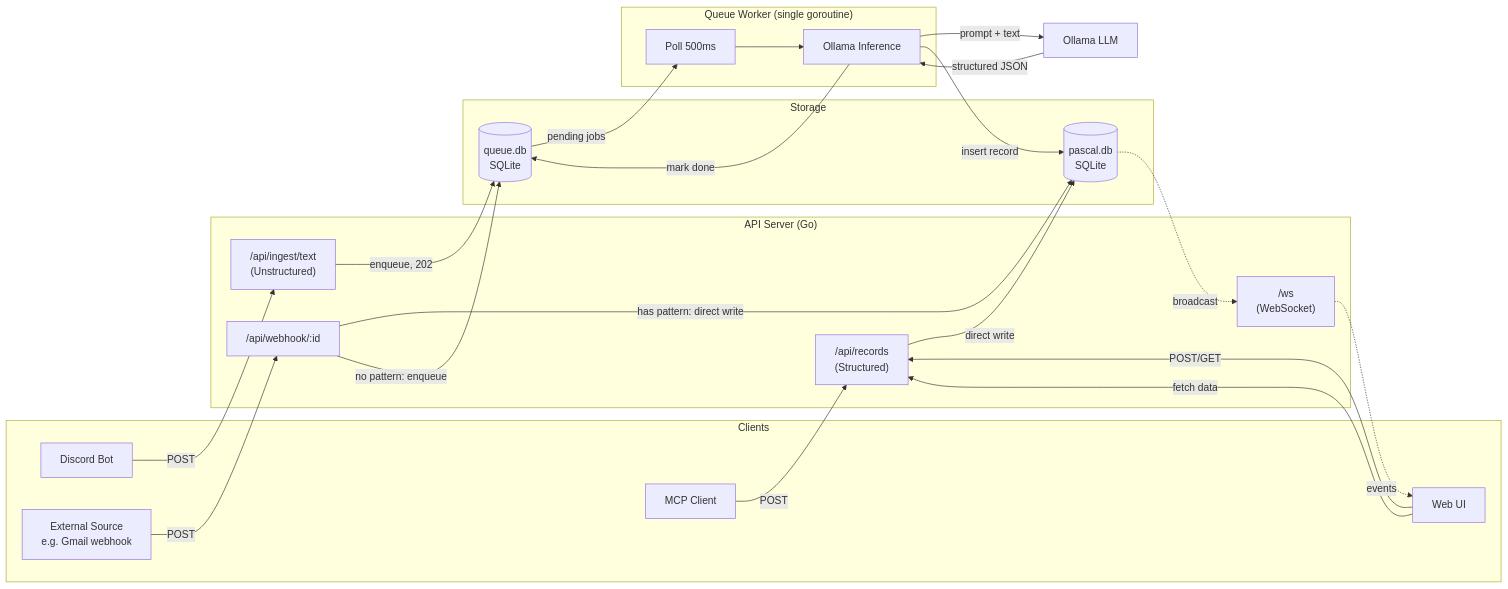
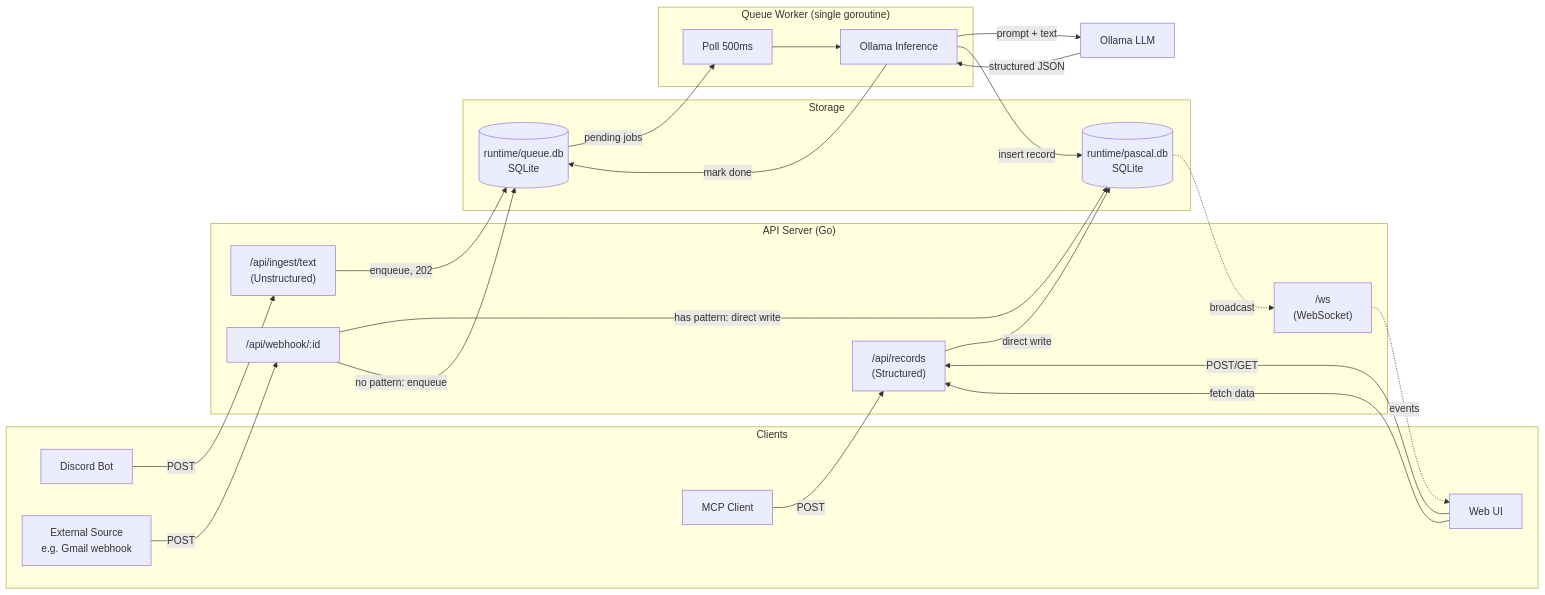
The diagram in design.md (peatiscoding/pascal), drawn with Mermaid before and after one commit. The commit also changed other lines of this file and 7 other files, not shown here.

````diff
--- a/design.md
+++ b/design.md
@@ -22,55 +22,55 @@
 ```mermaid
 flowchart LR
     subgraph Clients
         MCP[MCP Client]
         Web[Web UI]
         Bot[Discord Bot]
         ExtWH[External Source\ne.g. Gmail webhook]
     end
 
     subgraph Server["API Server (Go)"]
         Structured["/api/records\n(Structured)"]
         Unstructured["/api/ingest/text\n(Unstructured)"]
         Webhook["/api/webhook/:id"]
         WS["/ws\n(WebSocket)"]
     end
 
     subgraph Storage
-        PascalDB[(pascal.db\nSQLite)]
-        QueueDB[(queue.db\nSQLite)]
+        PascalDB[(runtime/pascal.db\nSQLite)]
+        QueueDB[(runtime/queue.db\nSQLite)]
     end
 
     subgraph Worker["Queue Worker (single goroutine)"]
         Poll[Poll 500ms]
         Infer[Ollama Inference]
     end
 
     Ollama[Ollama LLM]
 
     %% Structured path — direct write
     MCP -->|POST| Structured
     Web -->|POST/GET| Structured
     Structured -->|direct write| PascalDB
 
     %% Unstructured path — queued
     Bot -->|POST| Unstructured
     Unstructured -->|enqueue, 202| QueueDB
 
     %% Webhook path — pattern match or queue
     ExtWH -->|POST| Webhook
     Webhook -->|has pattern: direct write| PascalDB
     Webhook -->|no pattern: enqueue| QueueDB
 
     %% Worker processes queue
     QueueDB -->|pending jobs| Poll
     Poll --> Infer
     Infer -->|prompt + text| Ollama
     Ollama -->|structured JSON| Infer
     Infer -->|insert record| PascalDB
     Infer -->|mark done| QueueDB
 
     %% Real-time updates
     PascalDB -.->|broadcast| WS
     WS -.->|events| Web
     Web -->|fetch data| Structured
 ```
````
